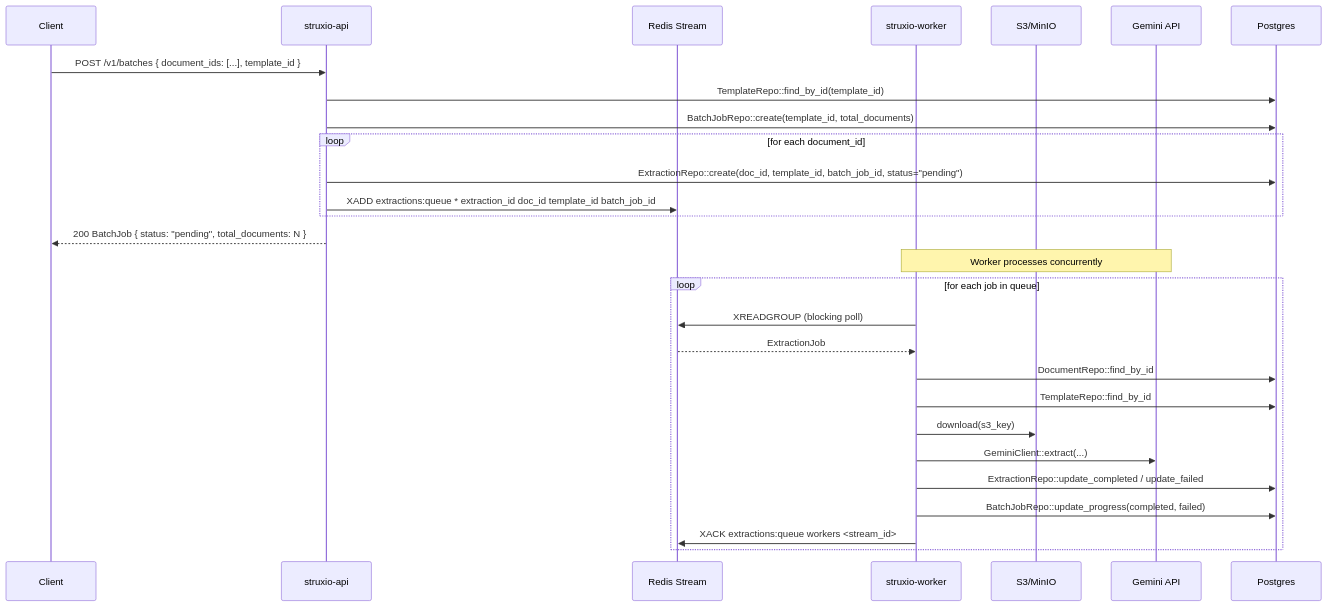
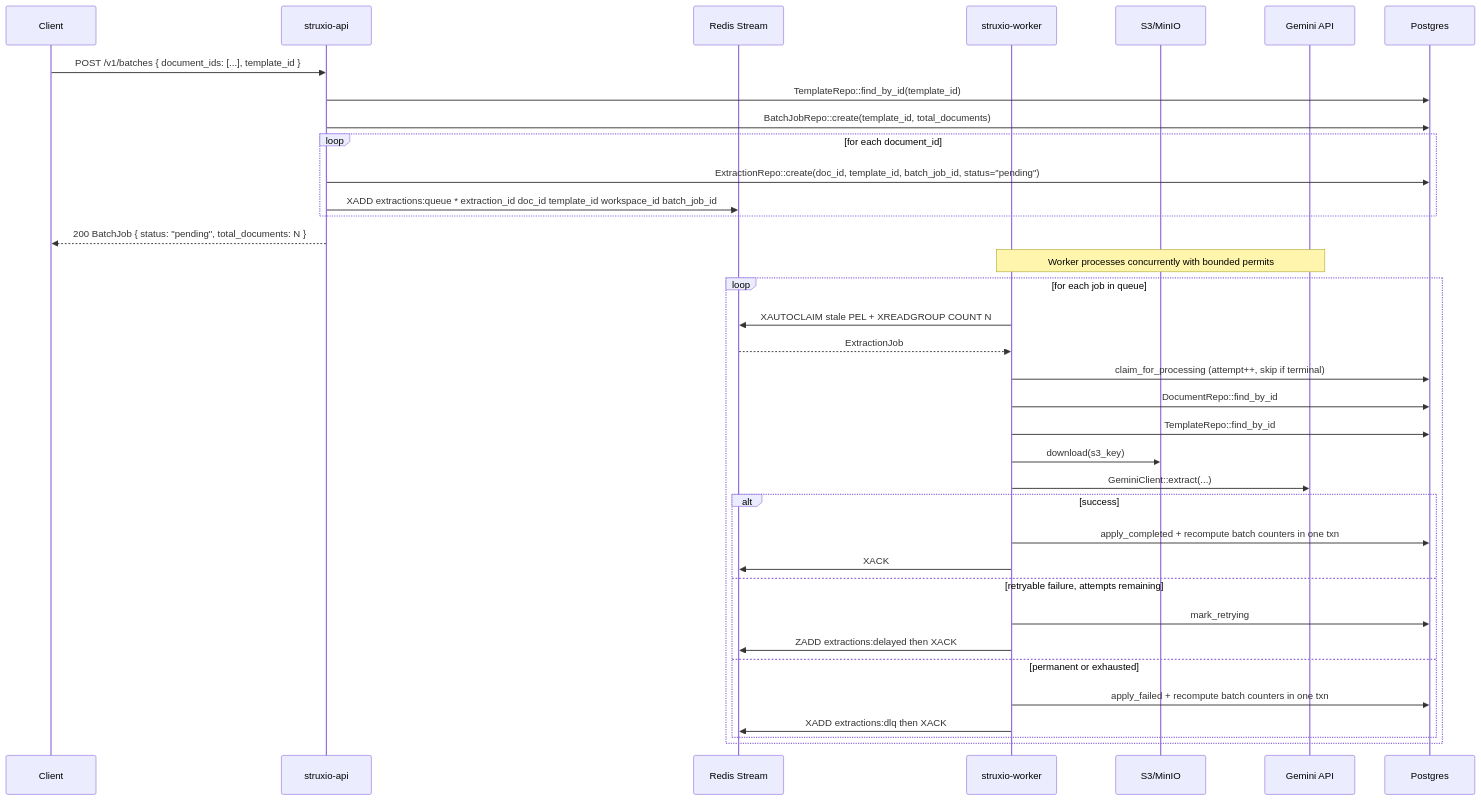
The fifth of 5 diagrams in ARCHITECTURE.md (Struxio/struxio), drawn with Mermaid before and after one commit. The commit also changed other lines of this file and 109 other files, not shown here.

````diff
--- a/ARCHITECTURE.md
+++ b/ARCHITECTURE.md
@@ -277,32 +279,40 @@
 ```mermaid
 sequenceDiagram
     participant C as Client
     participant API as struxio-api
     participant Q as Redis Stream
     participant W as struxio-worker
     participant S3 as S3/MinIO
     participant G as Gemini API
     participant DB as Postgres
 
     C->>API: POST /v1/batches { document_ids: [...], template_id }
     API->>DB: TemplateRepo::find_by_id(template_id)
     API->>DB: BatchJobRepo::create(template_id, total_documents)
     loop for each document_id
         API->>DB: ExtractionRepo::create(doc_id, template_id, batch_job_id, status="pending")
-        API->>Q: XADD extractions:queue * extraction_id doc_id template_id batch_job_id
+        API->>Q: XADD extractions:queue * extraction_id doc_id template_id workspace_id batch_job_id
     end
     API-->>C: 200 BatchJob { status: "pending", total_documents: N }
 
-    Note over W,G: Worker processes concurrently
+    Note over W,G: Worker processes concurrently with bounded permits
     loop for each job in queue
-        W->>Q: XREADGROUP (blocking poll)
+        W->>Q: XAUTOCLAIM stale PEL + XREADGROUP COUNT N
         Q-->>W: ExtractionJob
+        W->>DB: claim_for_processing (attempt++, skip if terminal)
         W->>DB: DocumentRepo::find_by_id
         W->>DB: TemplateRepo::find_by_id
         W->>S3: download(s3_key)
         W->>G: GeminiClient::extract(...)
-        W->>DB: ExtractionRepo::update_completed / update_failed
-        W->>DB: BatchJobRepo::update_progress(completed, failed)
-        W->>Q: XACK extractions:queue workers <stream_id>
+        alt success
+            W->>DB: apply_completed + recompute batch counters in one txn
+            W->>Q: XACK
+        else retryable failure, attempts remaining
+            W->>DB: mark_retrying
+            W->>Q: ZADD extractions:delayed then XACK
+        else permanent or exhausted
+            W->>DB: apply_failed + recompute batch counters in one txn
+            W->>Q: XADD extractions:dlq then XACK
+        end
     end
 ```
````
